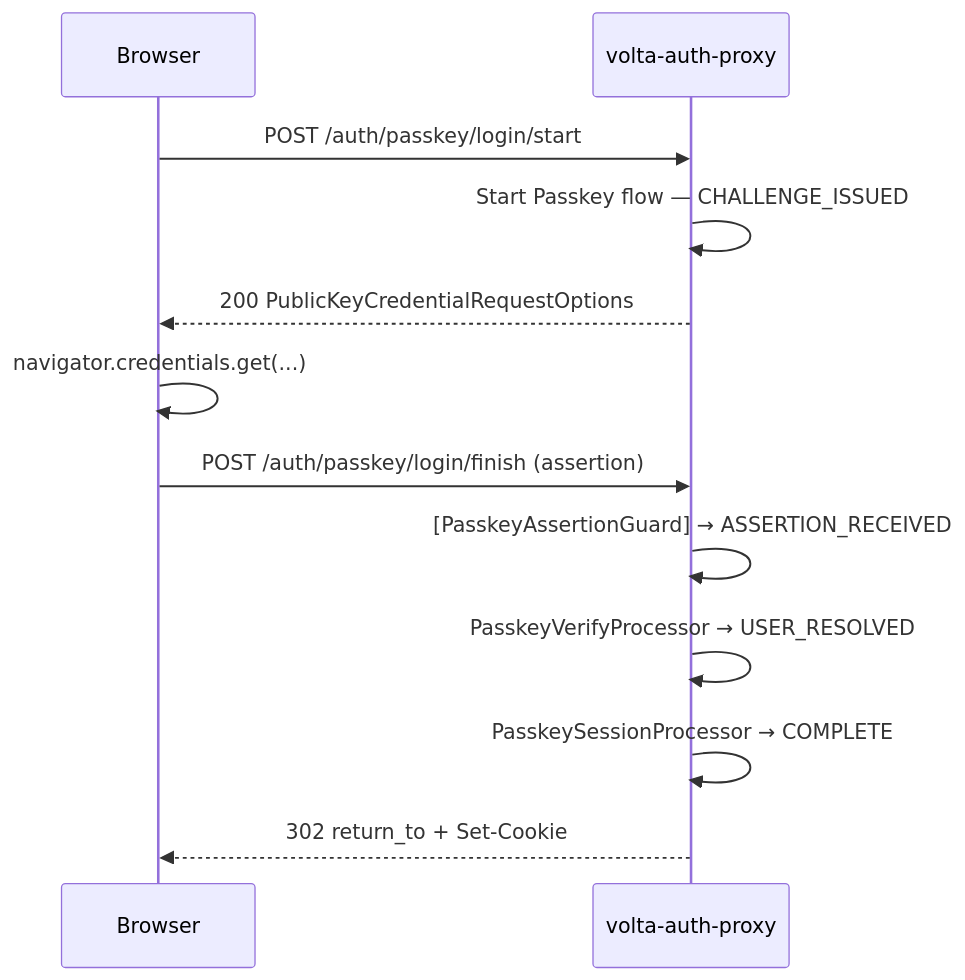
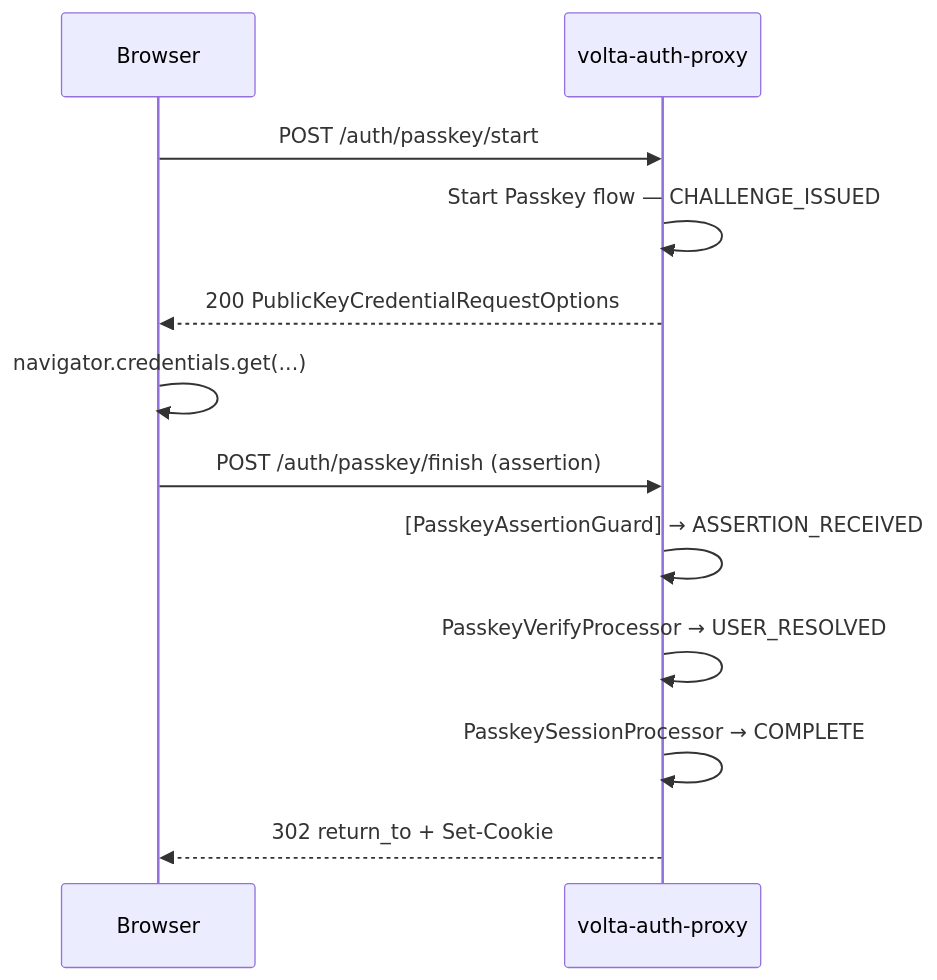
One commit to opaopa6969/volta-auth-proxy changed the fifth of 6 diagrams in docs/auth-flows.md. Above: the diagram before and after it, drawn with Mermaid. The commit also changed other lines of this file and 9 other files, not shown here.

````diff
--- a/docs/auth-flows.md
+++ b/docs/auth-flows.md
@@ -191,15 +191,15 @@
 ```mermaid
 sequenceDiagram
     participant B as Browser
     participant V as volta-auth-proxy
 
-    B->>V: POST /auth/passkey/login/start
+    B->>V: POST /auth/passkey/start
     V->>V: Start Passkey flow — CHALLENGE_ISSUED
     V-->>B: 200 PublicKeyCredentialRequestOptions
     B->>B: navigator.credentials.get(...)
-    B->>V: POST /auth/passkey/login/finish (assertion)
+    B->>V: POST /auth/passkey/finish (assertion)
     V->>V: [PasskeyAssertionGuard] → ASSERTION_RECEIVED
     V->>V: PasskeyVerifyProcessor → USER_RESOLVED
     V->>V: PasskeySessionProcessor → COMPLETE
     V-->>B: 302 return_to + Set-Cookie
 ```
````
